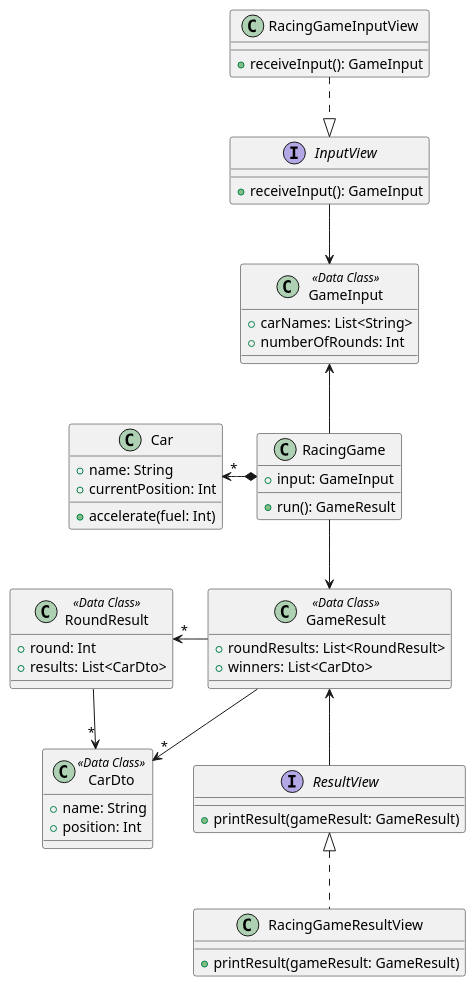
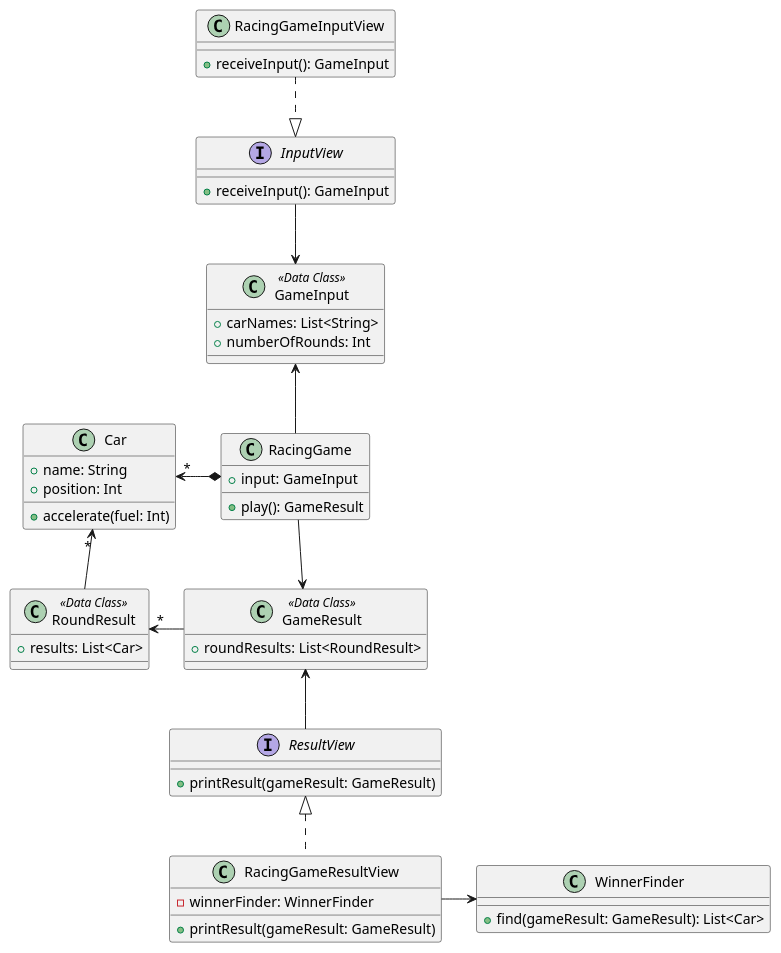
One commit to next-step/kotlin-racingcar changed the diagram in src/docs/racingcar/racingcar.puml. Above: the diagram before and after it, drawn with PlantUML. The commit also changed 1 other file, not shown here.

```diff
--- a/src/docs/racingcar/racingcar.puml
+++ b/src/docs/racingcar/racingcar.puml
@@ -1,62 +1,60 @@
 @startuml
 
 interface InputView {
 + receiveInput(): GameInput
 }
 
 class RacingGameInputView {
 + receiveInput(): GameInput
 }
 
 class GameInput <<Data Class>> {
 + carNames: List<String>
 + numberOfRounds: Int
 }
 
 interface ResultView {
 + printResult(gameResult: GameResult)
 }
 
 class GameResult <<Data Class>> {
 + roundResults: List<RoundResult>
-+ winners: List<CarDto>
 }
 
 class RoundResult <<Data Class>> {
-+ round: Int
-+ results: List<CarDto>
-}
-
-class CarDto <<Data Class>> {
-+ name: String
-+ position: Int
++ results: List<Car>
 }
 
 class RacingGameResultView implements ResultView {
+- winnerFinder: WinnerFinder
 + printResult(gameResult: GameResult)
+}
+
+class WinnerFinder {
++ find(gameResult: GameResult): List<Car>
 }
 
 class Car {
 + name: String
-+ currentPosition: Int
++ position: Int
 + accelerate(fuel: Int)
 }
 
 class RacingGame {
 + input: GameInput
-+ run(): GameResult
++ play(): GameResult
 }
 
 RacingGame *-left-> "*" Car
 
 RacingGame -up-> GameInput
 InputView -down-> GameInput
 RacingGameInputView ..|> InputView
 
 RacingGame -down-> GameResult
 GameResult -left-> "*" RoundResult
-RoundResult --> "*" CarDto
-GameResult --> "*" CarDto
+RoundResult -left-> "*" Car
 ResultView -up-> GameResult
 
+RacingGameResultView -> WinnerFinder
 @enduml
```
